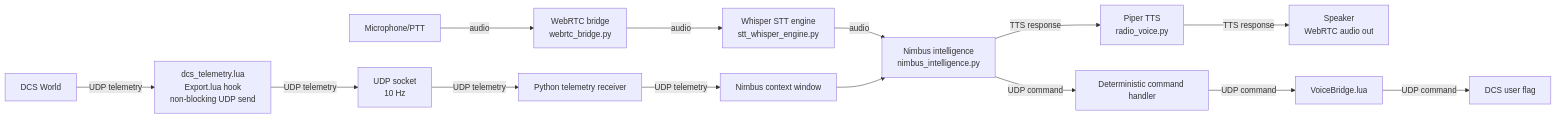
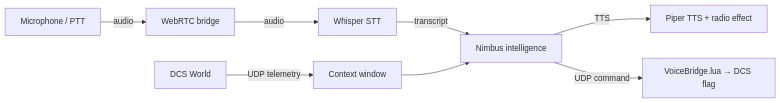
Before and after one commit to sharRahul/voice-comms-dcs: the diagram in README.md, drawn with Mermaid. The commit also changed other lines of this file and 1 other file, not shown here.

First line of the commit message:
Add comprehensive user manual and refresh README

````diff
--- a/README.md
+++ b/README.md
@@ -224,19 +9,12 @@
 ```mermaid
 flowchart LR
-    Mic[Microphone/PTT] -- audio --> WebRTC[WebRTC bridge<br/>webrtc_bridge.py]
-    WebRTC -- audio --> Whisper[Whisper STT engine<br/>stt_whisper_engine.py]
-    Whisper -- audio --> Nimbus[Nimbus intelligence<br/>nimbus_intelligence.py]
+    Mic[Microphone / PTT] -- audio --> WebRTC[WebRTC bridge]
+    WebRTC -- audio --> Whisper[Whisper STT]
+    Whisper -- transcript --> Nimbus[Nimbus intelligence]
 
-    DCS[DCS World] -- UDP telemetry --> TelemetryLua[dcs_telemetry.lua<br/>Export.lua hook<br/>non-blocking UDP send]
-    TelemetryLua -- UDP telemetry --> UdpSocket[UDP socket<br/>10 Hz]
-    UdpSocket -- UDP telemetry --> Receiver[Python telemetry receiver]
-    Receiver -- UDP telemetry --> Context[Nimbus context window]
+    DCS[DCS World] -- UDP telemetry --> Context[Context window]
     Context --> Nimbus
 
-    Nimbus -- TTS response --> Piper[Piper TTS<br/>radio_voice.py]
-    Piper -- TTS response --> Speaker[Speaker<br/>WebRTC audio out]
-
-    Nimbus -- UDP command --> Handler[Deterministic command handler]
-    Handler -- UDP command --> VoiceBridge[VoiceBridge.lua]
-    VoiceBridge -- UDP command --> Flag[DCS user flag]
+    Nimbus -- TTS --> Piper[Piper TTS + radio effect]
+    Nimbus -- UDP command --> VoiceBridge[VoiceBridge.lua → DCS flag]
 ```
````
